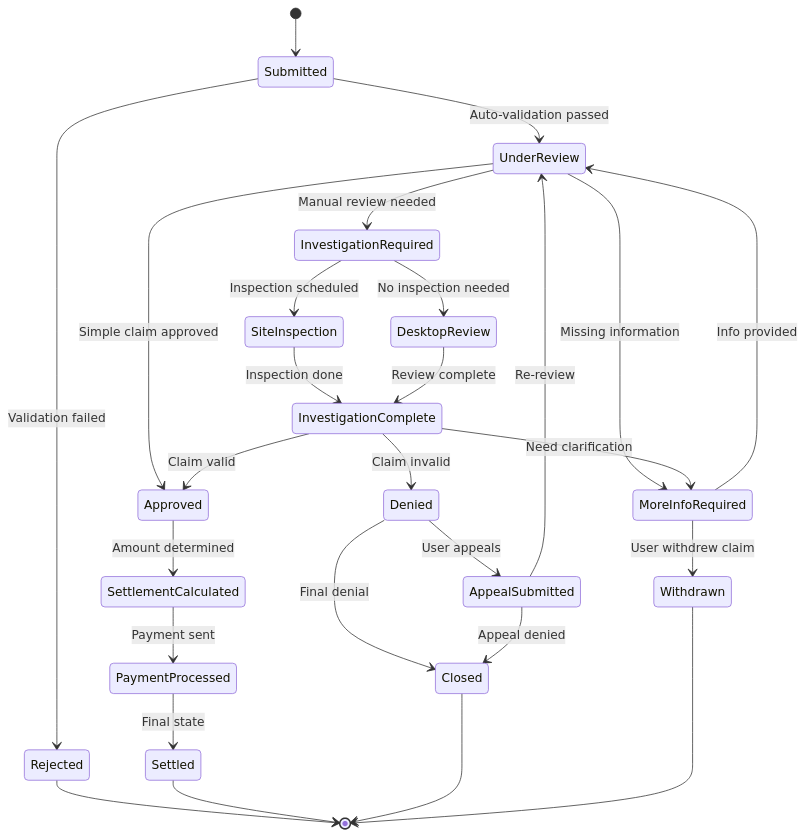
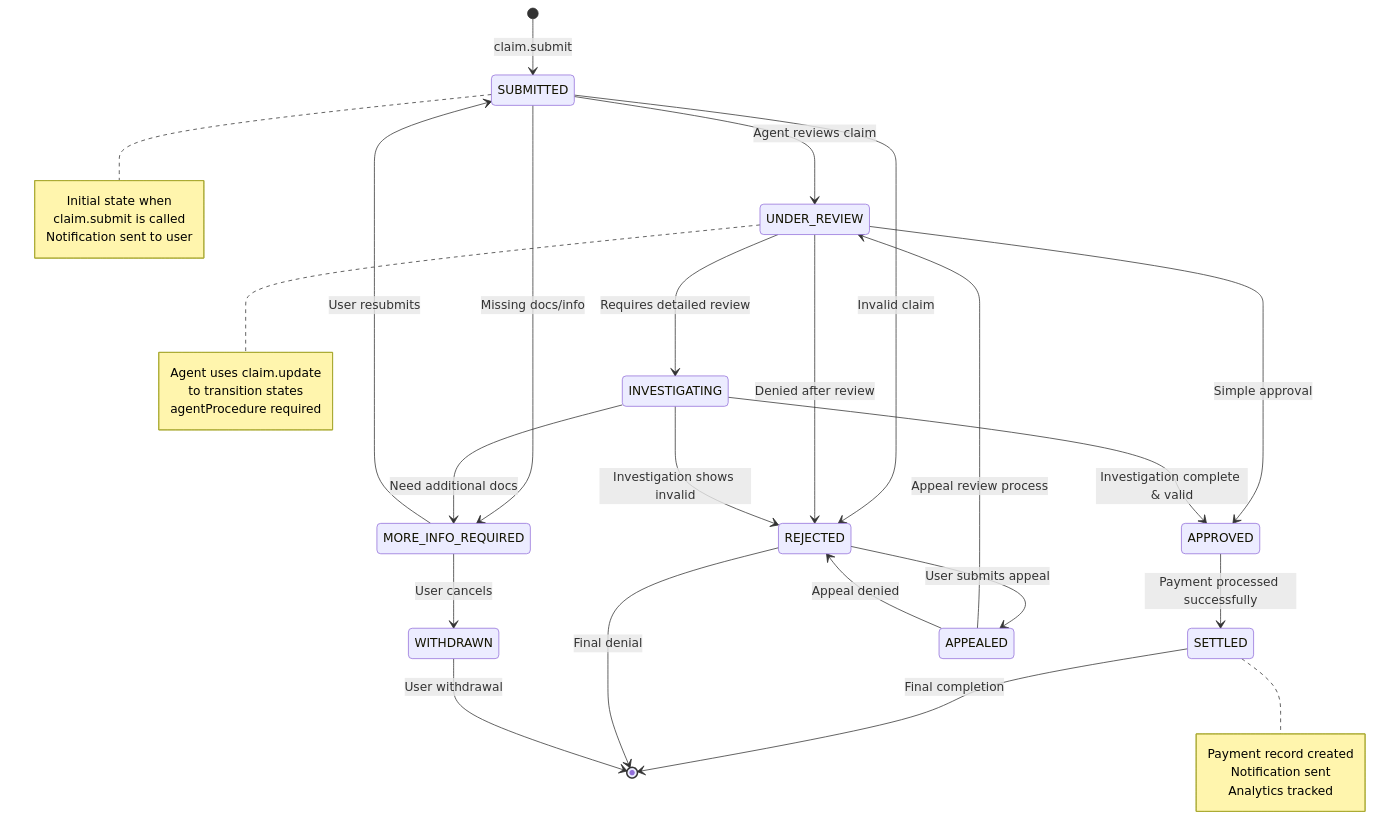
One commit to ytgTonz/lalisure changed the sixth of 12 diagrams in docs/developer/FLOWCHARTS.md. Above: the diagram before and after it, drawn with Mermaid. The commit also changed other lines of this file and 2 other files, not shown here.

````diff
--- a/docs/developer/FLOWCHARTS.md
+++ b/docs/developer/FLOWCHARTS.md
@@ -241,38 +333,47 @@
 ```mermaid
 stateDiagram-v2
-    [*] --> Submitted
-    Submitted --> UnderReview: Auto-validation passed
-    Submitted --> Rejected: Validation failed
-    
-    UnderReview --> InvestigationRequired: Manual review needed
-    UnderReview --> Approved: Simple claim approved
-    UnderReview --> MoreInfoRequired: Missing information
-    
-    InvestigationRequired --> SiteInspection: Inspection scheduled
-    InvestigationRequired --> DesktopReview: No inspection needed
-    
-    SiteInspection --> InvestigationComplete: Inspection done
-    DesktopReview --> InvestigationComplete: Review complete
-    
-    InvestigationComplete --> Approved: Claim valid
-    InvestigationComplete --> Denied: Claim invalid
-    InvestigationComplete --> MoreInfoRequired: Need clarification
-    
-    MoreInfoRequired --> UnderReview: Info provided
-    MoreInfoRequired --> Withdrawn: User withdrew claim
-    
-    Approved --> SettlementCalculated: Amount determined
-    SettlementCalculated --> PaymentProcessed: Payment sent
-    PaymentProcessed --> Settled: Final state
-    
-    Denied --> AppealSubmitted: User appeals
-    Denied --> Closed: Final denial
-    
-    AppealSubmitted --> UnderReview: Re-review
-    AppealSubmitted --> Closed: Appeal denied
-    
-    Rejected --> [*]
-    Settled --> [*]
-    Closed --> [*]
-    Withdrawn --> [*]
+    [*] --> SUBMITTED: claim.submit
+
+    SUBMITTED --> UNDER_REVIEW: Agent reviews claim
+    SUBMITTED --> MORE_INFO_REQUIRED: Missing docs/info
+    SUBMITTED --> REJECTED: Invalid claim
+
+    MORE_INFO_REQUIRED --> SUBMITTED: User resubmits
+    MORE_INFO_REQUIRED --> WITHDRAWN: User cancels
+
+    UNDER_REVIEW --> INVESTIGATING: Requires detailed review
+    UNDER_REVIEW --> APPROVED: Simple approval
+    UNDER_REVIEW --> REJECTED: Denied after review
+
+    INVESTIGATING --> APPROVED: Investigation complete & valid
+    INVESTIGATING --> REJECTED: Investigation shows invalid
+    INVESTIGATING --> MORE_INFO_REQUIRED: Need additional docs
+
+    APPROVED --> SETTLED: Payment processed successfully
+
+    REJECTED --> APPEALED: User submits appeal
+    APPEALED --> UNDER_REVIEW: Appeal review process
+    APPEALED --> REJECTED: Appeal denied
+
+    SETTLED --> [*]: Final completion
+    REJECTED --> [*]: Final denial
+    WITHDRAWN --> [*]: User withdrawal
+
+    note right of SUBMITTED
+        Initial state when
+        claim.submit is called
+        Notification sent to user
+    end note
+
+    note right of UNDER_REVIEW
+        Agent uses claim.update
+        to transition states
+        agentProcedure required
+    end note
+
+    note right of SETTLED
+        Payment record created
+        Notification sent
+        Analytics tracked
+    end note
 ```
````
